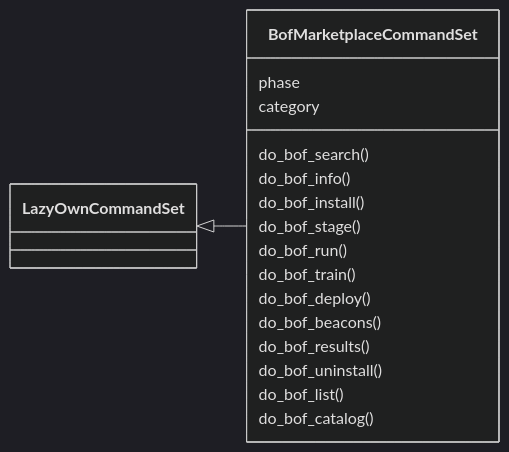
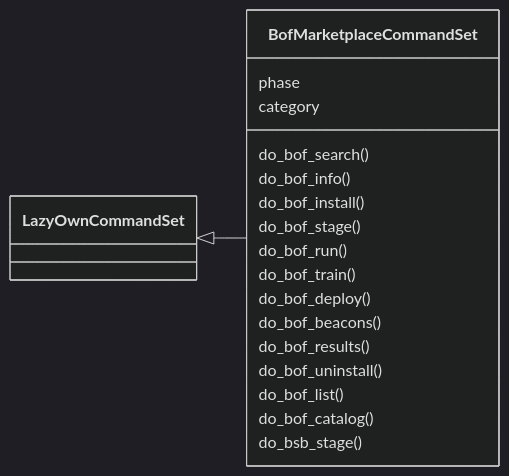
Before and after one commit to grisuno/LazyOwn: the first of 2 diagrams in readmenator-apidocs/modules/cli.commands.bof_registry.py.md, drawn with Mermaid (dark theme). The commit also changed other lines of this file and 508 other files, not shown here.

````diff
--- a/readmenator-apidocs/modules/cli.commands.bof_registry.py.md
+++ b/readmenator-apidocs/modules/cli.commands.bof_registry.py.md
@@ -28,21 +28,22 @@
 ```mermaid
 classDiagram
     direction LR
     class BofMarketplaceCommandSet
     BofMarketplaceCommandSet : phase
     BofMarketplaceCommandSet : category
     BofMarketplaceCommandSet : do_bof_search()
     BofMarketplaceCommandSet : do_bof_info()
     BofMarketplaceCommandSet : do_bof_install()
     BofMarketplaceCommandSet : do_bof_stage()
     BofMarketplaceCommandSet : do_bof_run()
     BofMarketplaceCommandSet : do_bof_train()
     BofMarketplaceCommandSet : do_bof_deploy()
     BofMarketplaceCommandSet : do_bof_beacons()
     BofMarketplaceCommandSet : do_bof_results()
     BofMarketplaceCommandSet : do_bof_uninstall()
     BofMarketplaceCommandSet : do_bof_list()
     BofMarketplaceCommandSet : do_bof_catalog()
+    BofMarketplaceCommandSet : do_bsb_stage()
     class LazyOwnCommandSet
     LazyOwnCommandSet <|-- BofMarketplaceCommandSet
 ```
````
